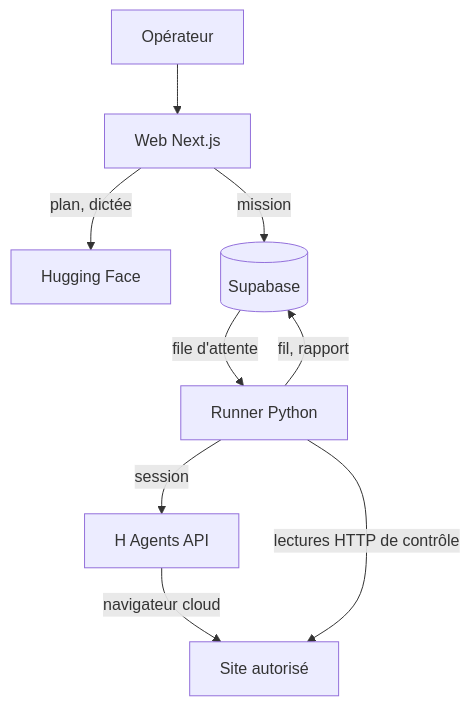
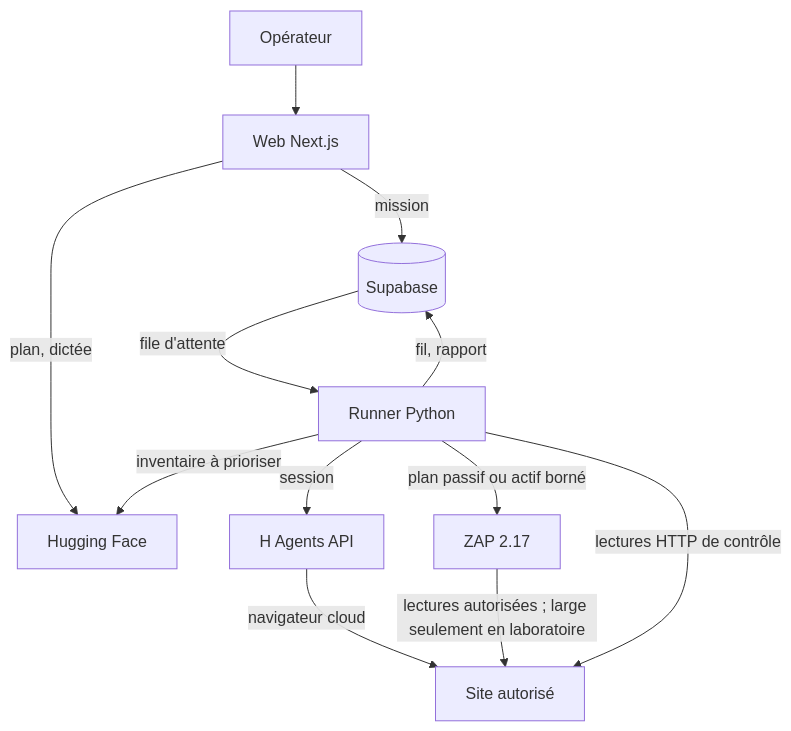
Before and after one commit to jkinvi-byte/hsentinel-alertes: the first of 9 diagrams in ARCHITECTURE.md, drawn with Mermaid. The commit also changed other lines of this file and 50 other files, not shown here.

````diff
--- a/ARCHITECTURE.md
+++ b/ARCHITECTURE.md
@@ -48,11 +48,14 @@
 ```mermaid
 flowchart TD
   OP["Opérateur"] --> WEB["Web Next.js"]
   WEB -- "plan, dictée" --> HF["Hugging Face"]
   WEB -- "mission" --> DB[("Supabase")]
   DB -- "file d'attente" --> RUN["Runner Python"]
   RUN -- "fil, rapport" --> DB
   RUN -- "session" --> H["H Agents API"]
+  RUN -- "inventaire à prioriser" --> HF
+  RUN -- "plan passif ou actif borné" --> ZAP["ZAP 2.17"]
   H -- "navigateur cloud" --> SITE["Site autorisé"]
+  ZAP -- "lectures autorisées ; large seulement en laboratoire" --> SITE
   RUN -- "lectures HTTP de contrôle" --> SITE
 ```
````
